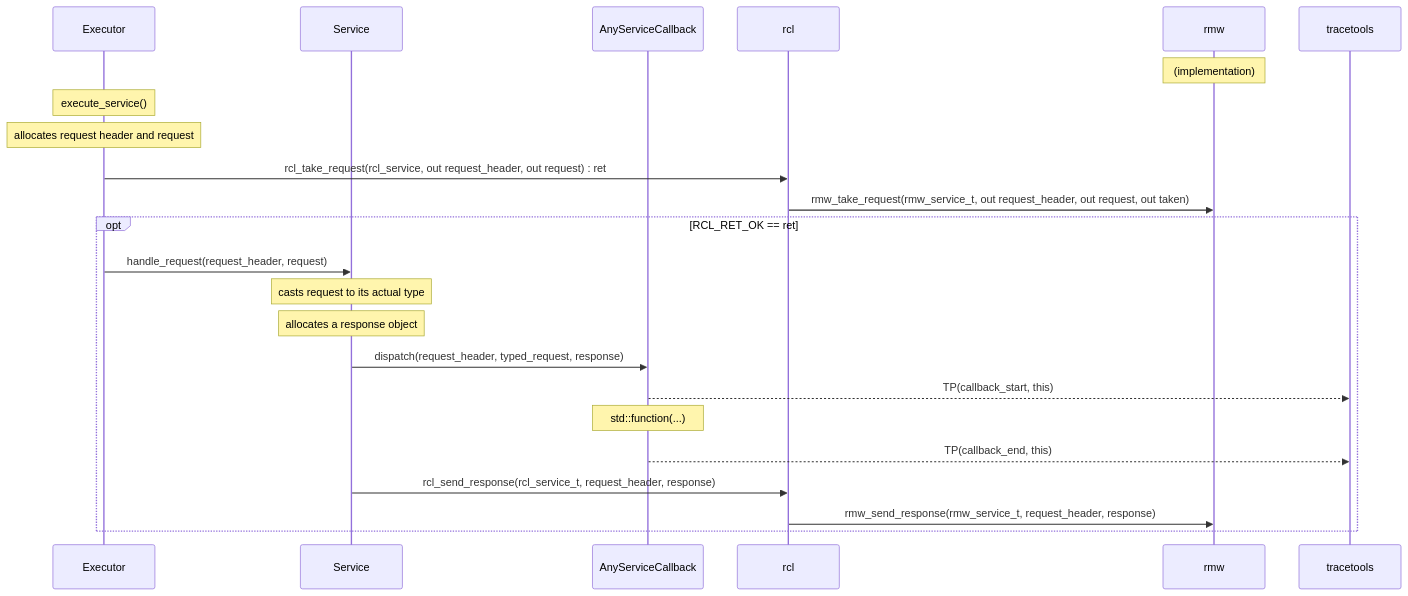
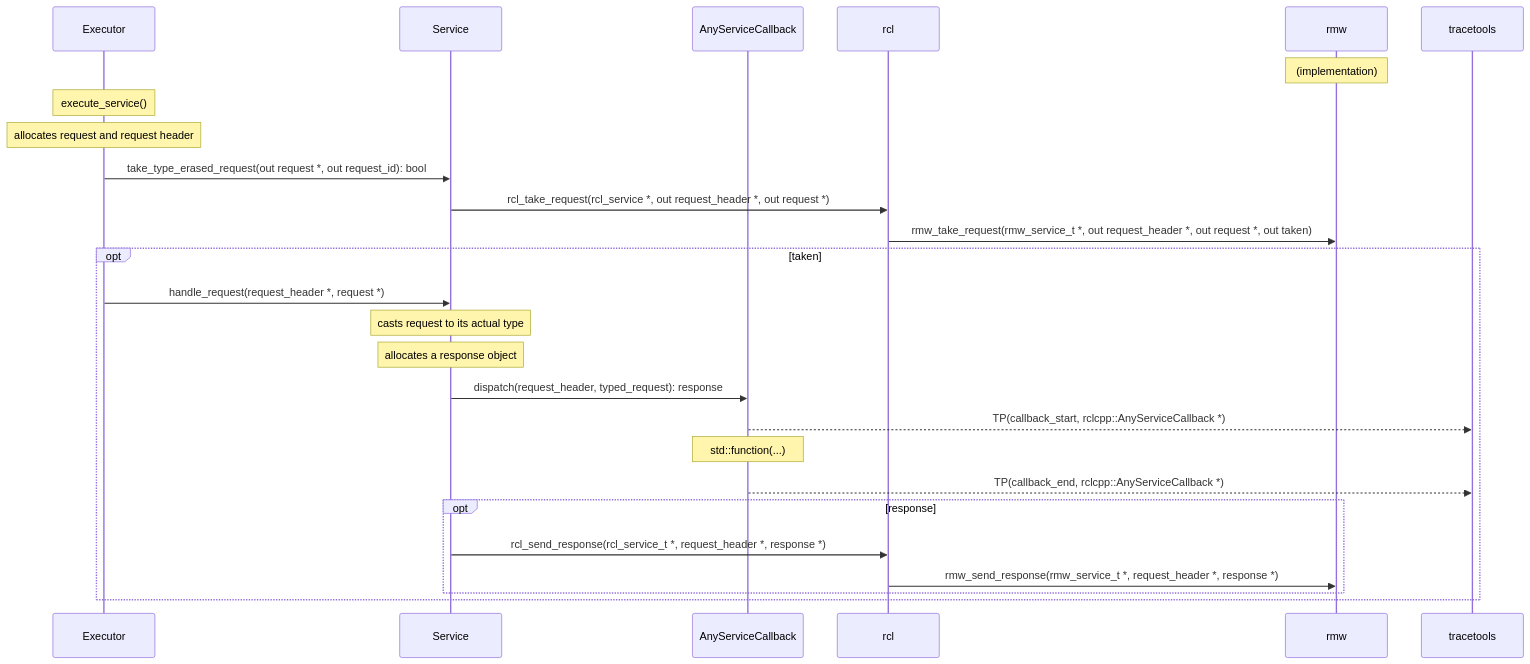
One commit to ros2-split-gbp/ros2_tracing-release changed the ninth of 17 diagrams in doc/design_ros_2.md. Above: the diagram before and after it, drawn with Mermaid. The commit also changed other lines of this file and 83 other files, not shown here.

````diff
--- a/doc/design_ros_2.md
+++ b/doc/design_ros_2.md
@@ -366,27 +524,31 @@
 ```mermaid
 sequenceDiagram
     participant Executor
     participant Service
     participant AnyServiceCallback
     participant rcl
     participant rmw
     participant tracetools
 
     Note over rmw: (implementation)
 
+    %% Executor-->>tracetools: TP(rclcpp_executor_execute, rcl_service_t *)
     Note over Executor: execute_service()
-    Note over Executor: allocates request header and request
-    Executor->>rcl: rcl_take_request(rcl_service, out request_header, out request) : ret
-    rcl->>rmw: rmw_take_request(rmw_service_t, out request_header, out request, out taken)
-    opt RCL_RET_OK == ret
-        Executor->>Service: handle_request(request_header, request)
+    Note over Executor: allocates request and request header
+    Executor->>Service: take_type_erased_request(out request *, out request_id): bool
+    Service->>rcl: rcl_take_request(rcl_service *, out request_header *, out request *)
+    rcl->>rmw: rmw_take_request(rmw_service_t *, out request_header *, out request *, out taken)
+    opt taken
+        Executor->>Service: handle_request(request_header *, request *)
         Note over Service: casts request to its actual type
         Note over Service: allocates a response object
-        Service->>AnyServiceCallback: dispatch(request_header, typed_request, response)
-        AnyServiceCallback-->>tracetools: TP(callback_start, this)
+        Service->>AnyServiceCallback: dispatch(request_header, typed_request): response
+        AnyServiceCallback-->>tracetools: TP(callback_start, rclcpp::AnyServiceCallback *)
         Note over AnyServiceCallback: std::function(...)
-        AnyServiceCallback-->>tracetools: TP(callback_end, this)
-        Service->>rcl: rcl_send_response(rcl_service_t, request_header, response)
-        rcl->>rmw: rmw_send_response(rmw_service_t, request_header, response)
+        AnyServiceCallback-->>tracetools: TP(callback_end, rclcpp::AnyServiceCallback *)
+        opt response
+            Service->>rcl: rcl_send_response(rcl_service_t *, request_header *, response *)
+            rcl->>rmw: rmw_send_response(rmw_service_t *, request_header *, response *)
+        end
     end
 ```
````
